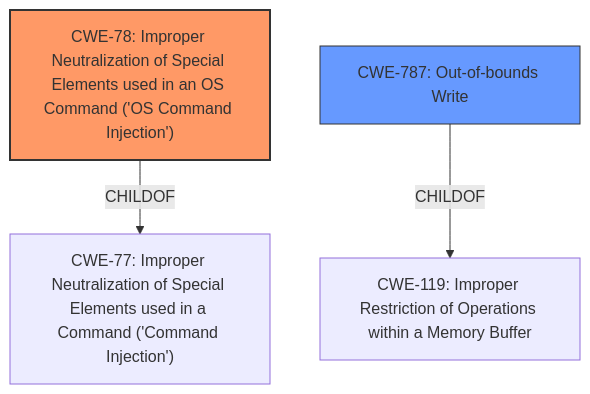
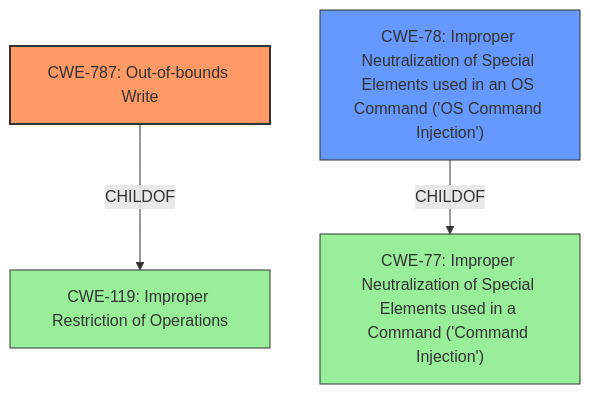
One commit to CyberSecAI/cwe_agent_assign_reports_2023 changed the diagram in CVE-2021-35394/CVE-2021-35394_analysis.md. Above: the diagram before and after it, drawn with Mermaid. The commit also changed other lines of this file and 902 other files, not shown here.

````diff
--- a/CVE-2021-35394/CVE-2021-35394_analysis.md
+++ b/CVE-2021-35394/CVE-2021-35394_analysis.md
@@ -17,15 +17,17 @@
 ```mermaid
 graph TD
+    cwe787["CWE-787: Out-of-bounds Write"]
+    cwe119["CWE-119: Improper Restriction of Operations"]
     cwe78["CWE-78: Improper Neutralization of Special Elements used in an OS Command ('OS Command Injection')"]
     cwe77["CWE-77: Improper Neutralization of Special Elements used in a Command ('Command Injection')"]
-    cwe787["CWE-787: Out-of-bounds Write"]
-    cwe119["CWE-119: Improper Restriction of Operations within a Memory Buffer"]
-
+    
+    cwe787 -->|CHILDOF| cwe119
     cwe78 -->|CHILDOF| cwe77
-    cwe787 -->|CHILDOF| cwe119
-
+    
     classDef primary fill:#f96,stroke:#333,stroke-width:2px
     classDef secondary fill:#69f,stroke:#333
-    class cwe78 primary
-    class cwe787 secondary
+    classDef tertiary fill:#9e9,stroke:#333
+    class cwe787 primary
+    class cwe78 secondary
+    class cwe119,cwe77 tertiary
 ```
````
